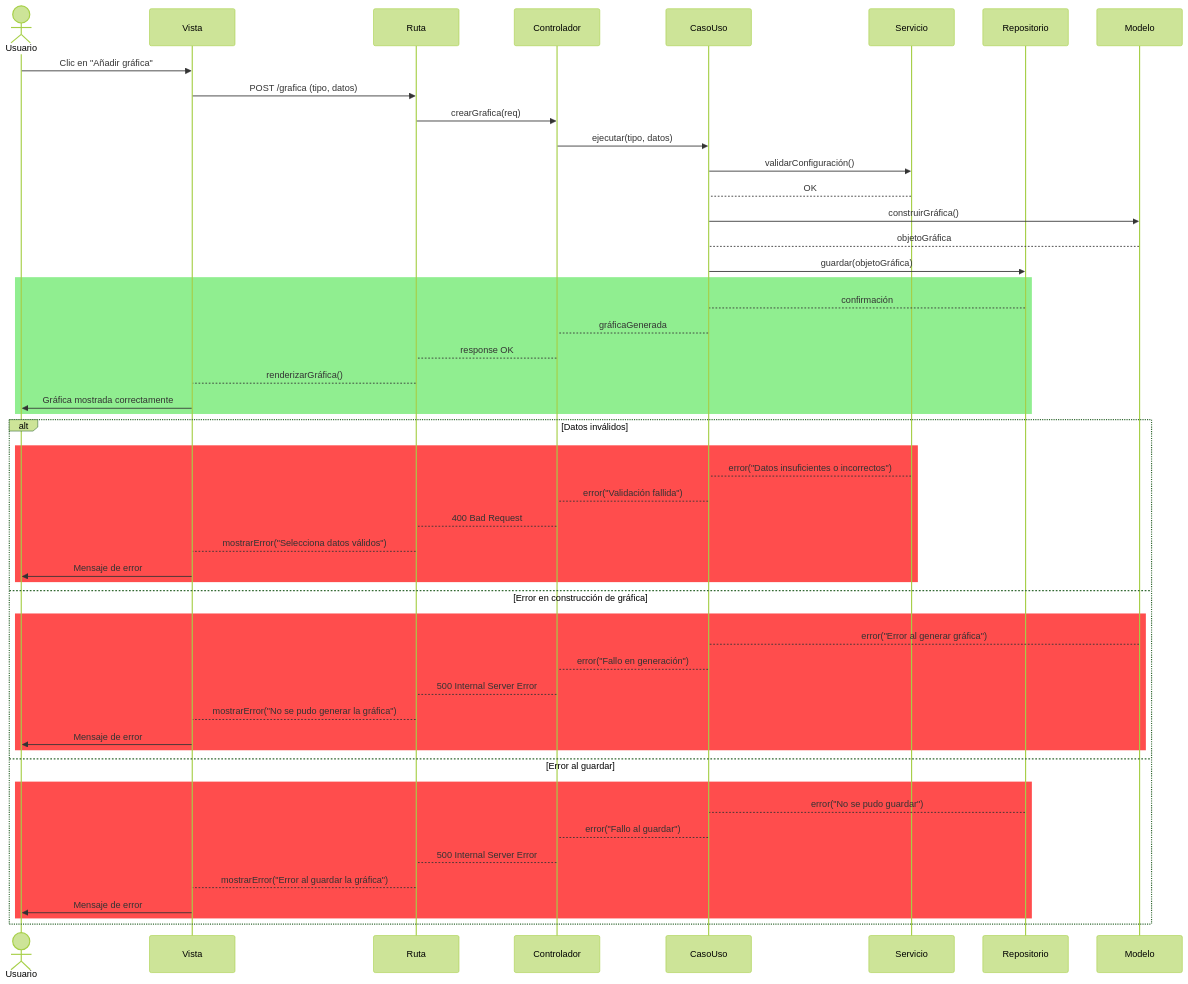
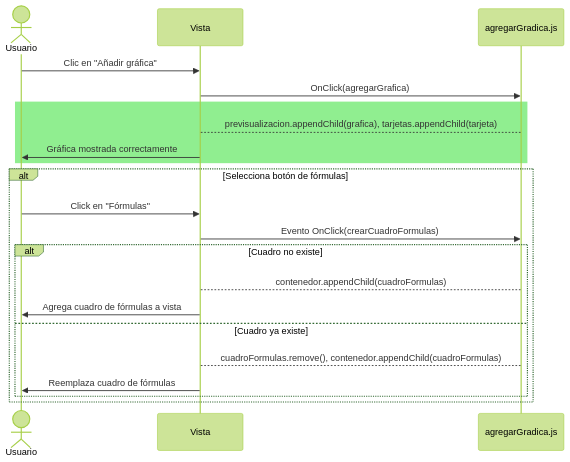
Before and after one commit to CodeAnd-Co/Documentacion: the diagram in documentation/docs/proyectos/tractores/documentacion/requisitos/RF36.md, drawn with Mermaid (forest theme).

Commit message:
Actualizar diagrama de secuencia de RF36 (tractores)

````diff
--- a/documentation/docs/proyectos/tractores/documentacion/requisitos/RF36.md
+++ b/documentation/docs/proyectos/tractores/documentacion/requisitos/RF36.md
@@ -23,57 +23,29 @@
 ```mermaid
 sequenceDiagram
     actor Usuario
     participant Vista
-    participant Ruta 
-    participant Controlador
-    participant CasoUso
-    participant Servicio
-    participant Repositorio
-    participant Modelo
+    participant agregarGradica.js
 
     %% Flujo principal (caso exitoso)
     Usuario->>Vista: Clic en "Añadir gráfica"
-    Vista->>Ruta: POST /grafica (tipo, datos)
-    Ruta->>Controlador: crearGrafica(req)
-    Controlador->>CasoUso: ejecutar(tipo, datos)
-    CasoUso->>Servicio: validarConfiguración()
-    Servicio-->CasoUso: OK
-    CasoUso->>Modelo: construirGráfica()
-    Modelo-->CasoUso: objetoGráfica
-    CasoUso->>Repositorio: guardar(objetoGráfica)
+    Vista->>agregarGradica.js: OnClick(agregarGrafica)
 
     rect LightGreen
-        Repositorio-->CasoUso: confirmación
-        CasoUso-->Controlador: gráficaGenerada
-        Controlador-->Ruta: response OK
-        Ruta-->Vista: renderizarGráfica()
+        agregarGradica.js-->Vista: previsualizacion.appendChild(grafica), tarjetas.appendChild(tarjeta)
         Vista->>Usuario: Gráfica mostrada correctamente
     end
 
     %% Flujos alternos (errores al final)
-    alt Datos inválidos
-        rect rgb(255, 77, 77)
-            Servicio-->CasoUso: error("Datos insuficientes o incorrectos")
-            CasoUso-->Controlador: error("Validación fallida")
-            Controlador-->Ruta: 400 Bad Request
-            Ruta-->Vista: mostrarError("Selecciona datos válidos")
-            Vista->>Usuario: Mensaje de error
-        end
-    else Error en construcción de gráfica
-        rect rgb(255, 77, 77)
-            Modelo-->CasoUso: error("Error al generar gráfica")
-            CasoUso-->Controlador: error("Fallo en generación")
-            Controlador-->Ruta: 500 Internal Server Error
-            Ruta-->Vista: mostrarError("No se pudo generar la gráfica")
-            Vista->>Usuario: Mensaje de error
-        end
-    else Error al guardar
-        rect rgb(255, 77, 77)
-            Repositorio-->CasoUso: error("No se pudo guardar")
-            CasoUso-->Controlador: error("Fallo al guardar")
-            Controlador-->Ruta: 500 Internal Server Error
-            Ruta-->Vista: mostrarError("Error al guardar la gráfica")
-            Vista->>Usuario: Mensaje de error
+    alt Selecciona botón de fórmulas
+        Usuario->>Vista: Click en "Fórmulas"
+        Vista->>agregarGradica.js: Evento OnClick(crearCuadroFormulas)
+        
+        alt Cuadro no existe
+            agregarGradica.js-->Vista: contenedor.appendChild(cuadroFormulas)
+            Vista->>Usuario: Agrega cuadro de fórmulas a vista
+        else Cuadro ya existe
+            agregarGradica.js-->Vista: cuadroFormulas.remove(), contenedor.appendChild(cuadroFormulas)
+            Vista->>Usuario: Reemplaza cuadro de fórmulas
         end
     end
 ```
````
